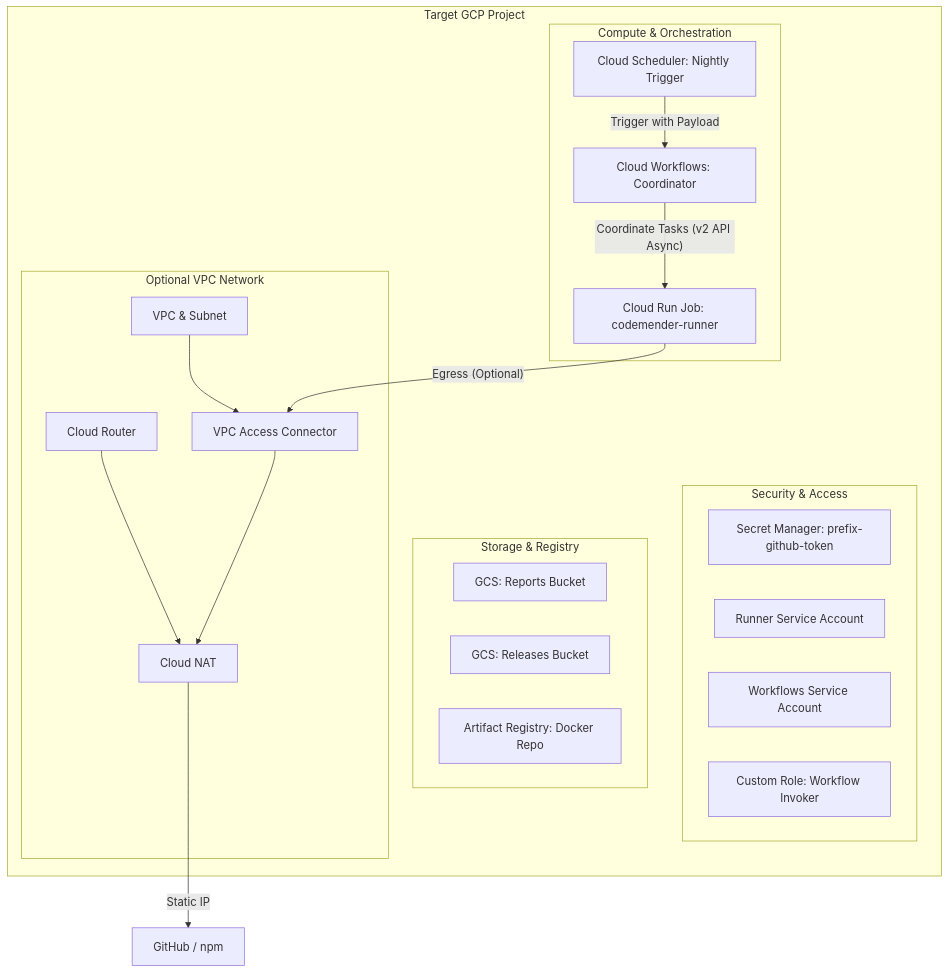
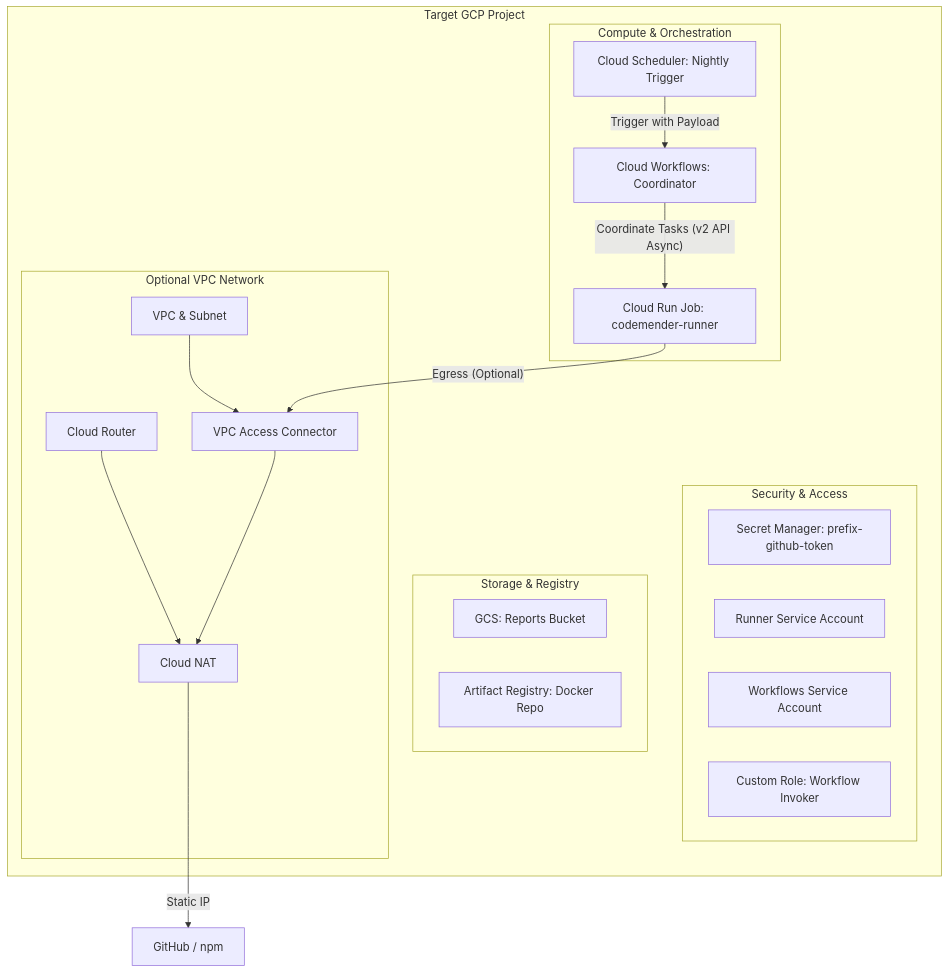
One commit to niteshtadepalli/bokeh changed the diagram in docs/architecture/deployment_automation.md. Above: the diagram before and after it, drawn with Mermaid. The commit also changed other lines of this file and 2 other files, not shown here.

First line of the commit message:
Remove residual releases bucket references from docs and Terraform

````diff
--- a/docs/architecture/deployment_automation.md
+++ b/docs/architecture/deployment_automation.md
@@ -36,37 +36,36 @@
 ```mermaid
 graph TD
     subgraph Target GCP Project
         subgraph Security & Access
             SM[Secret Manager: prefix-github-token]
             RunnerSA[Runner Service Account]
             WorkflowSA[Workflows Service Account]
             CustomRole[Custom Role: Workflow Invoker]
         end
 
         subgraph Storage & Registry
             ReportsGCS[GCS: Reports Bucket]
-            ReleasesGCS[GCS: Releases Bucket]
             Registry[Artifact Registry: Docker Repo]
         end
 
         subgraph Compute & Orchestration
             CR_Job[Cloud Run Job: codemender-runner]
             Workflow[Cloud Workflows: Coordinator]
             Scheduler[Cloud Scheduler: Nightly Trigger]
         end
 
         subgraph Optional VPC Network
             VPC[VPC & Subnet] --> Connector[VPC Access Connector]
             Router[Cloud Router] --> NAT[Cloud NAT]
         end
     end
 
     %% Routing Egress
     CR_Job -->|"Egress (Optional)"| Connector
     Connector --> NAT
     NAT -->|"Static IP"| Internet[GitHub / npm]
 
     %% Triggers
     Scheduler -->|Trigger with Payload| Workflow
     Workflow -->|"Coordinate Tasks (v2 API Async)"| CR_Job
 ```
````
